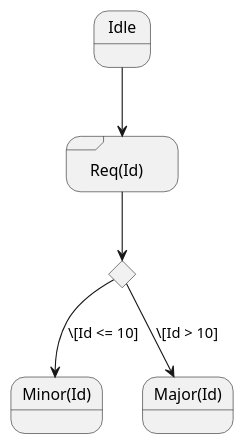
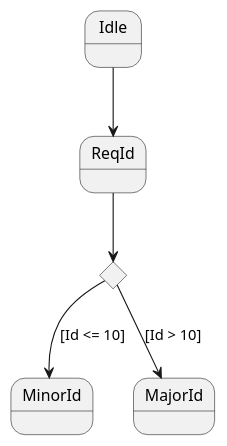
Before and after one commit to augmem/cortext.cpp: diagram 19 of 44 in reference/plantuml/state-diagram.md, drawn with PlantUML. The commit also changed other lines of this file and 86 other files, not shown here.

Commit message:
Update memory architecture and consolidation

````diff
--- a/reference/plantuml/state-diagram.md
+++ b/reference/plantuml/state-diagram.md
@@ -244,12 +247,7 @@
-@startuml
-state "Req(Id)" as ReqId <<sdlreceive>>
-state "Minor(Id)" as MinorId
-state "Major(Id)" as MajorId
-
+```plantuml
 state c <<choice>>
-
 Idle --> ReqId
 ReqId --> c
-c --> MinorId : \[Id <= 10]
-c --> MajorId : \[Id > 10]
-@enduml </plantuml>
+c --> MinorId : [Id <= 10]
+c --> MajorId : [Id > 10]
+```
````
